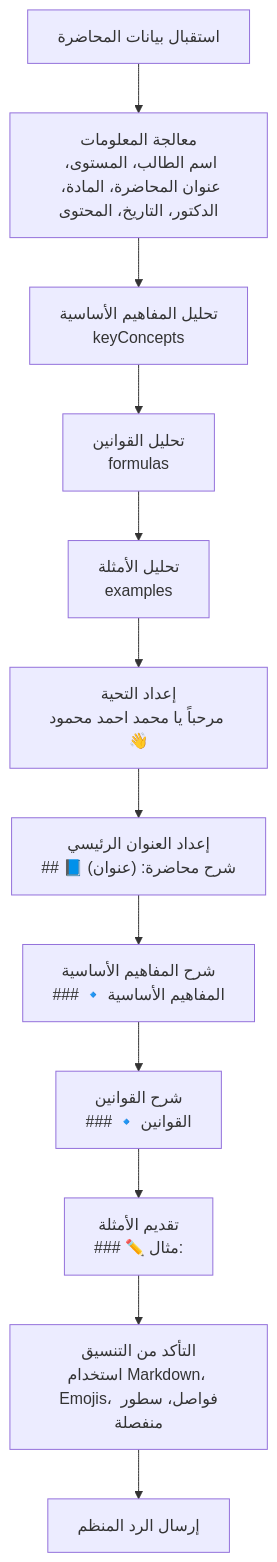
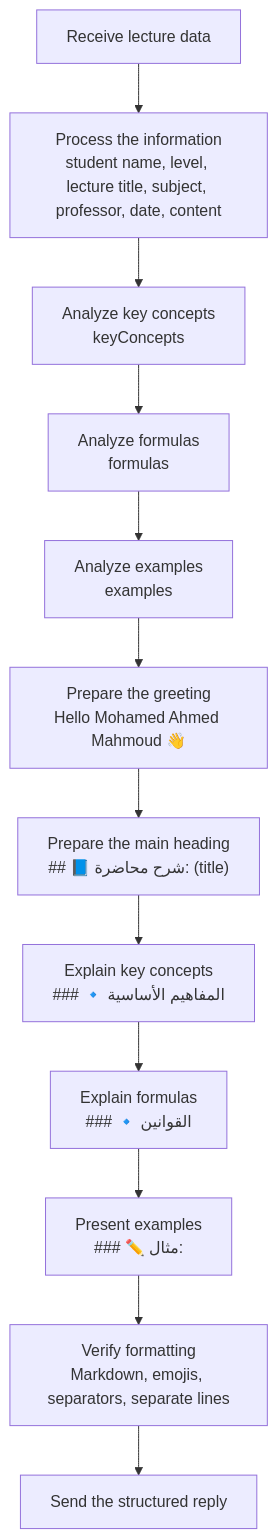
Before and after one commit to fotedev/Masar-x-next: the diagram in docs/diagrams/diagram_1.mmd, drawn with Mermaid. The commit also changed 15 other files, not shown here.

```diff
--- a/docs/diagrams/diagram_1.mmd
+++ b/docs/diagrams/diagram_1.mmd
@@ -1,12 +1,12 @@
 flowchart TD
-    A[استقبال بيانات المحاضرة] --> B[معالجة المعلومات\nاسم الطالب، المستوى، عنوان المحاضرة، المادة، الدكتور، التاريخ، المحتوى]
-    B --> C[تحليل المفاهيم الأساسية\nkeyConcepts]
-    C --> D[تحليل القوانين\nformulas]
-    D --> E[تحليل الأمثلة\nexamples]
-    E --> F[إعداد التحية\nمرحباً يا محمد احمد محمود 👋]
-    F --> G["إعداد العنوان الرئيسي\n## 📘 شرح محاضرة: (عنوان)"]
-    G --> H[شرح المفاهيم الأساسية\n### 🔹 المفاهيم الأساسية]
-    H --> I[شرح القوانين\n### 🔹 القوانين]
-    I --> J[تقديم الأمثلة\n### ✏️ مثال:]
-    J --> K[التأكد من التنسيق\nاستخدام Markdown، Emojis، فواصل، سطور منفصلة]
-    K --> L[إرسال الرد المنظم]
+    A[Receive lecture data] --> B[Process the information\nstudent name, level, lecture title, subject, professor, date, content]
+    B --> C[Analyze key concepts\nkeyConcepts]
+    C --> D[Analyze formulas\nformulas]
+    D --> E[Analyze examples\nexamples]
+    E --> F[Prepare the greeting\nHello Mohamed Ahmed Mahmoud 👋]
+    F --> G["Prepare the main heading\n## 📘 شرح محاضرة: (title)"]
+    G --> H[Explain key concepts\n### 🔹 المفاهيم الأساسية]
+    H --> I[Explain formulas\n### 🔹 القوانين]
+    I --> J[Present examples\n### ✏️ مثال:]
+    J --> K[Verify formatting\nMarkdown, emojis, separators, separate lines]
+    K --> L[Send the structured reply]
```
